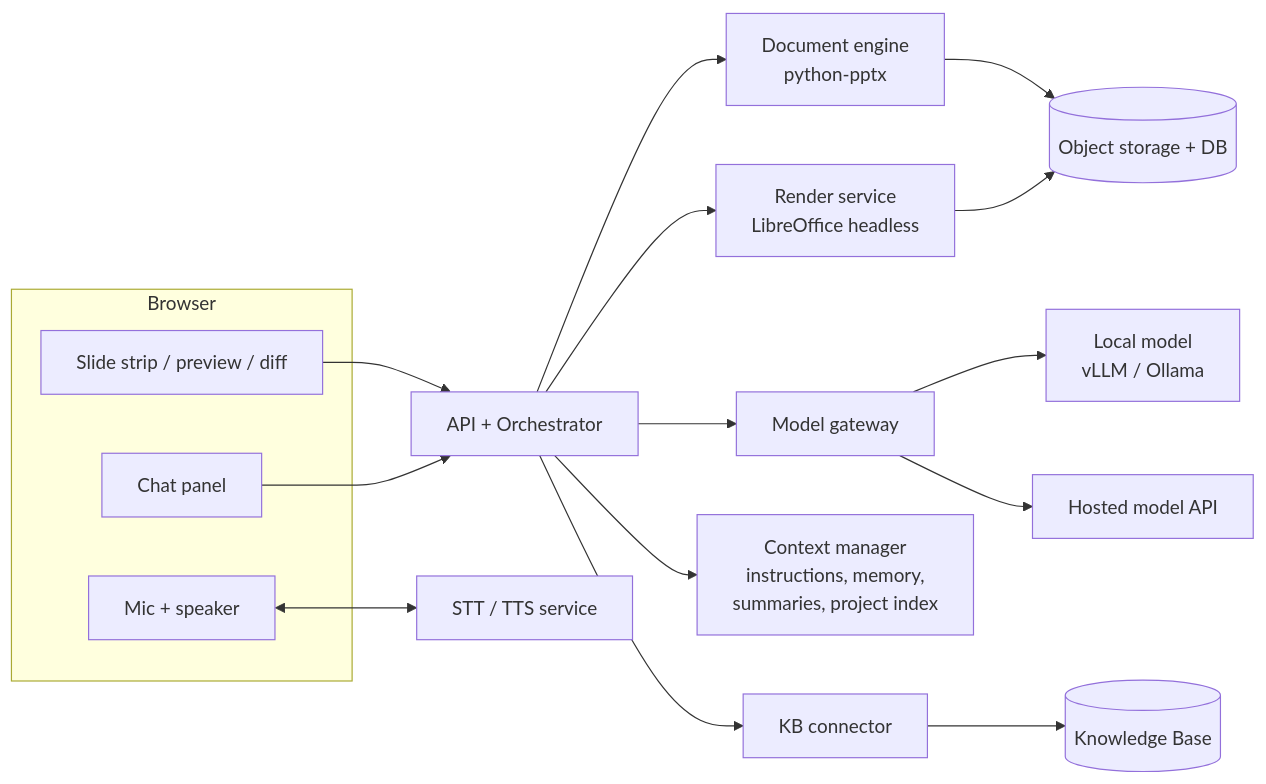
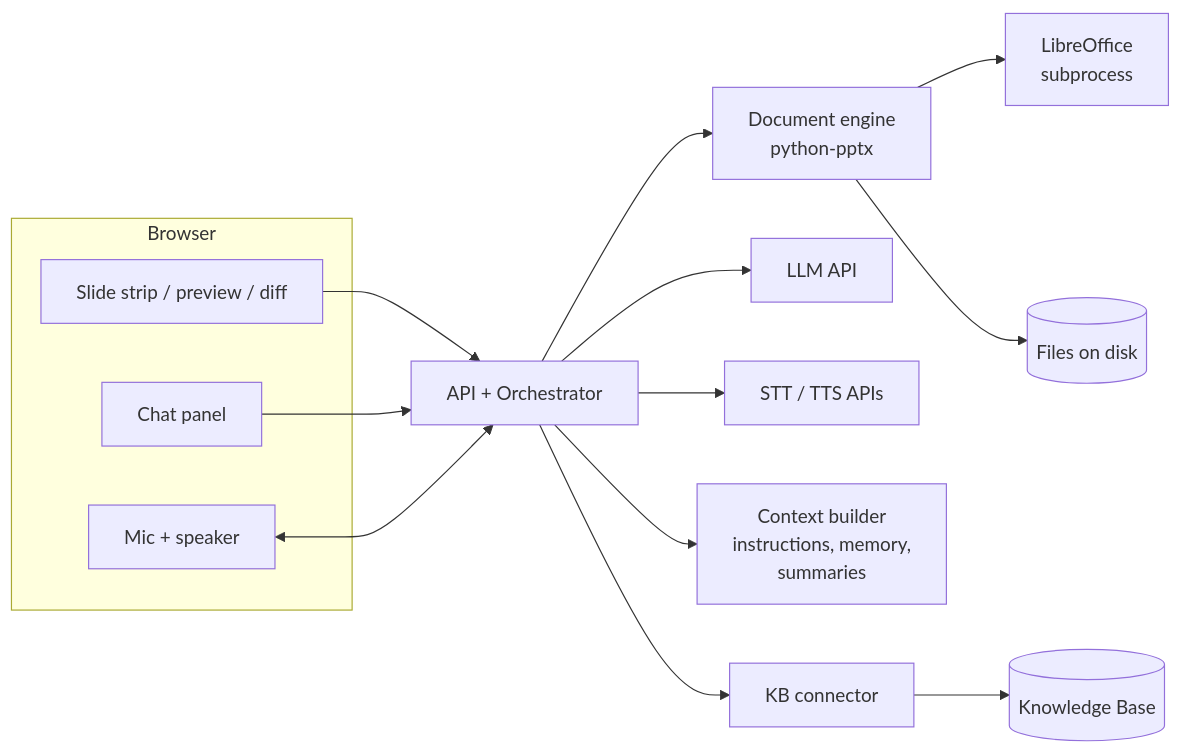
Before and after one commit to logus2k/pptx: the first of 2 diagrams in documentation/AI Slide Assistant_ Project Specification.md, drawn with Mermaid. The commit also changed other lines of this file and 1 other file, not shown here.

````diff
--- a/documentation/AI Slide Assistant_ Project Specification.md
+++ b/documentation/AI Slide Assistant_ Project Specification.md
@@ -150,21 +152,19 @@
 ```mermaid
 flowchart LR
   subgraph Browser
     UI[Slide strip / preview / diff]
     Chat[Chat panel]
     Mic[Mic + speaker]
   end
   UI --> API
   Chat --> API
-  Mic <--> Speech[STT / TTS service]
+  Mic <--> API
   API[API + Orchestrator] --> Engine[Document engine<br/>python-pptx]
-  API --> Render[Render service<br/>LibreOffice headless]
-  API --> Gateway[Model gateway]
-  Gateway --> Local[Local model<br/>vLLM / Ollama]
-  Gateway --> Hosted[Hosted model API]
-  API --> Ctx[Context manager<br/>instructions, memory,<br/>summaries, project index]
+  Engine --> Render[LibreOffice<br/>subprocess]
+  API --> Model[LLM API]
+  API --> Speech[STT / TTS APIs]
+  API --> Ctx[Context builder<br/>instructions, memory,<br/>summaries]
   API --> KB[KB connector]
   KB --> KBStore[(Knowledge Base)]
-  Engine --> Store[(Object storage + DB)]
-  Render --> Store
+  Engine --> Store[(Files on disk)]
 ```
````
